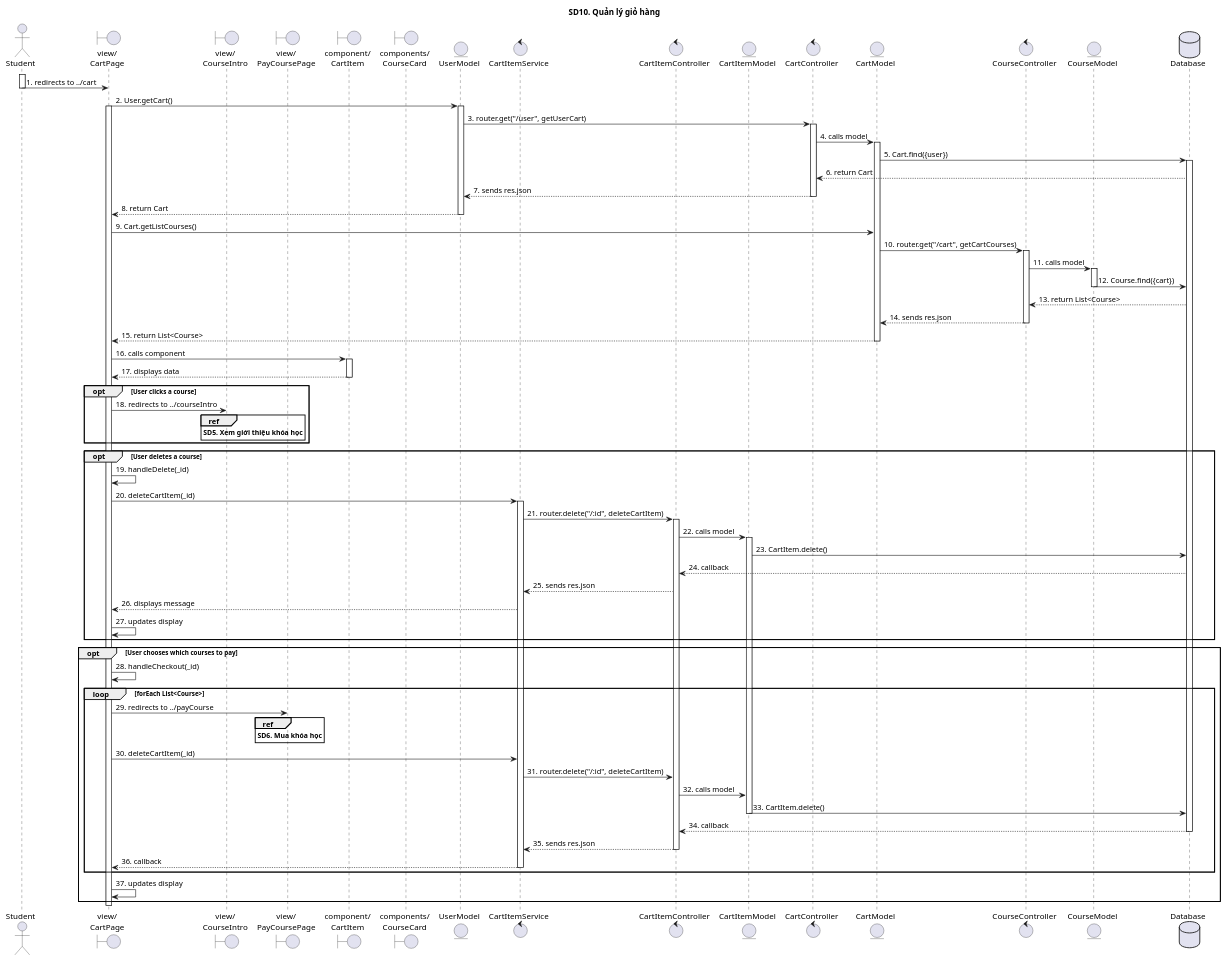
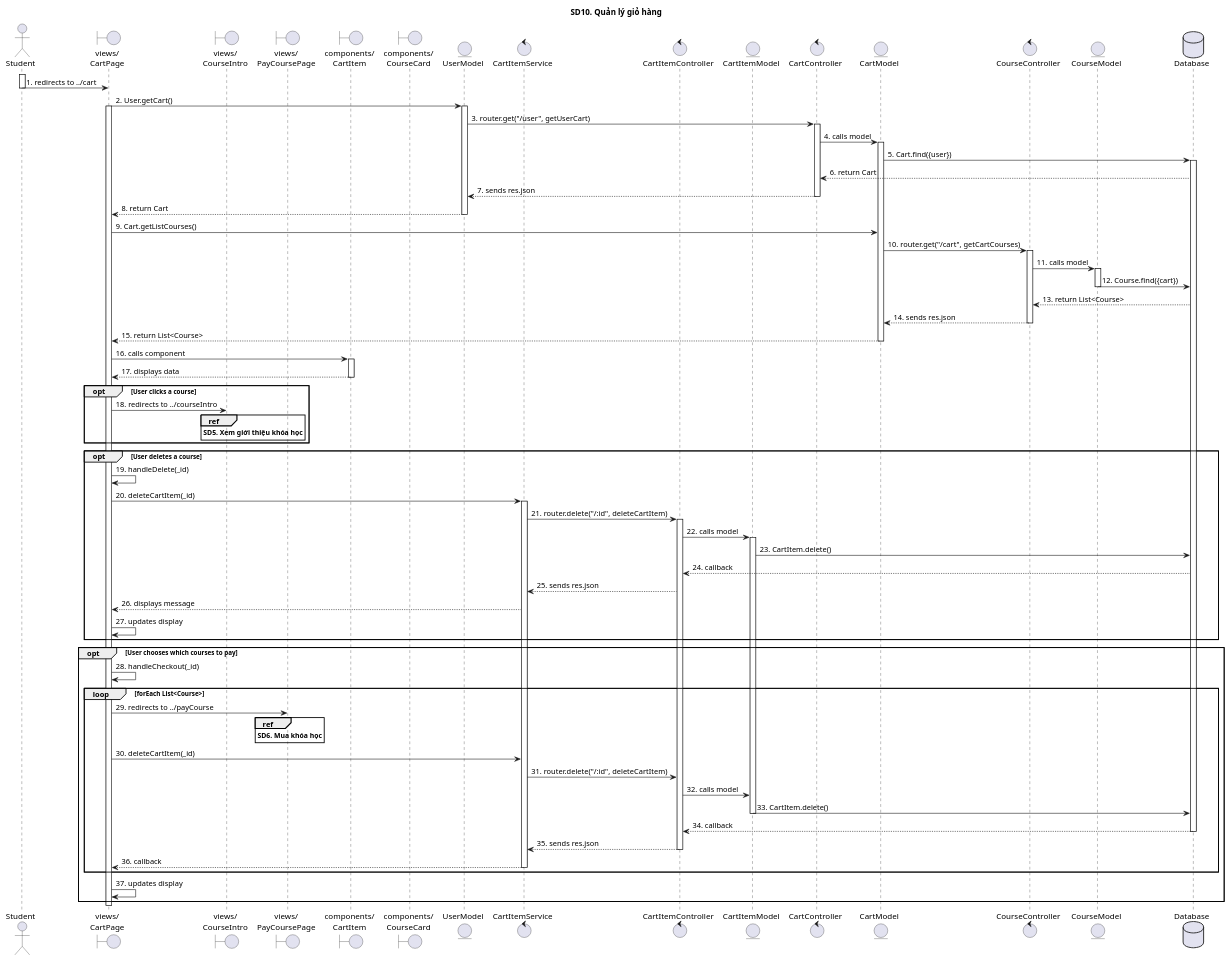
The diagram in SequenceDiagrams/sd10.puml (The-Cookies-Team/UML-Diagrams), drawn with PlantUML before and after one commit. The commit also changed 5 other files, not shown here.

```diff
--- a/SequenceDiagrams/sd10.puml
+++ b/SequenceDiagrams/sd10.puml
@@ -1,99 +1,99 @@
 @startuml
 
 title SD10. Quản lý giỏ hàng
 
 actor "Student" as Actor
-boundary "view/\nCartPage" as CartPage
-boundary "view/\nCourseIntro" as CourseIntro
-boundary "view/\nPayCoursePage" as PayCourse
-boundary "component/\nCartItem" as CartItem
+boundary "views/\nCartPage" as CartPage
+boundary "views/\nCourseIntro" as CourseIntro
+boundary "views/\nPayCoursePage" as PayCourse
+boundary "components/\nCartItem" as CartItem
 boundary "components/\nCourseCard" as CourseCard
 entity "UserModel"
 control "CartItemService"
 control "CartItemController"
 entity "CartItemModel"
 control "CartController"
 entity "CartModel"
 control "CourseController"
 entity "CourseModel"
 database "Database" as Database
 
 activate Actor
 Actor -> CartPage: 1. redirects to ../cart
 deactivate Actor
 CartPage -> UserModel: 2. User.getCart()
 activate CartPage
 activate UserModel
 UserModel -> CartController: 3. router.get("/user", getUserCart)
 activate CartController
 CartController -> CartModel: 4. calls model
 activate CartModel
 CartModel -> Database: 5. Cart.find({user})
 activate Database
 Database --> CartController: 6. return Cart
 CartController --> UserModel: 7. sends res.json
 deactivate CartController
 UserModel --> CartPage: 8. return Cart
 deactivate UserModel
 CartPage -> CartModel: 9. Cart.getListCourses()
 CartModel -> CourseController: 10. router.get("/cart", getCartCourses)
 activate CourseController
 CourseController -> CourseModel: 11. calls model
 activate CourseModel
 CourseModel -> Database: 12. Course.find({cart})
 deactivate CourseModel
 Database --> CourseController: 13. return List<Course>
 CourseController --> CartModel: 14. sends res.json
 deactivate CourseController
 CartModel --> CartPage: 15. return List<Course>
 deactivate CartModel
 CartPage -> CartItem: 16. calls component
 activate CartItem
 CartItem --> CartPage: 17. displays data
 deactivate CartItem
 
 opt User clicks a course
 CartPage -> CourseIntro: 18. redirects to ../courseIntro
 ref over CourseIntro
 **SD5. Xem giới thiệu khóa học**
 end ref
 end group
 
 opt User deletes a course
 CartPage -> CartPage: 19. handleDelete(_id)
 CartPage -> CartItemService: 20. deleteCartItem(_id)
 activate CartItemService
 CartItemService -> CartItemController: 21. router.delete("/:id", deleteCartItem)
 activate CartItemController
 CartItemController -> CartItemModel: 22. calls model
 activate CartItemModel
 CartItemModel -> Database: 23. CartItem.delete()
 Database --> CartItemController: 24. callback
 CartItemController --> CartItemService: 25. sends res.json
 CartItemService --> CartPage: 26. displays message
 CartPage -> CartPage: 27. updates display
 end group
 
 opt User chooses which courses to pay
 CartPage -> CartPage: 28. handleCheckout(_id)
 loop forEach List<Course>
 CartPage -> PayCourse: 29. redirects to ../payCourse
 ref over PayCourse
 **SD6. Mua khóa học**
 end ref
 CartPage -> CartItemService: 30. deleteCartItem(_id)
 CartItemService -> CartItemController: 31. router.delete("/:id", deleteCartItem)
 CartItemController -> CartItemModel: 32. calls model
 CartItemModel -> Database: 33. CartItem.delete()
 deactivate CartItemModel
 Database --> CartItemController: 34. callback
 deactivate Database
 CartItemController --> CartItemService: 35. sends res.json
 deactivate CartItemController
 CartItemService --> CartPage: 36. callback
 deactivate CartItemService
 end
 CartPage -> CartPage: 37. updates display
 end
 deactivate CartPage
 @enduml
```
